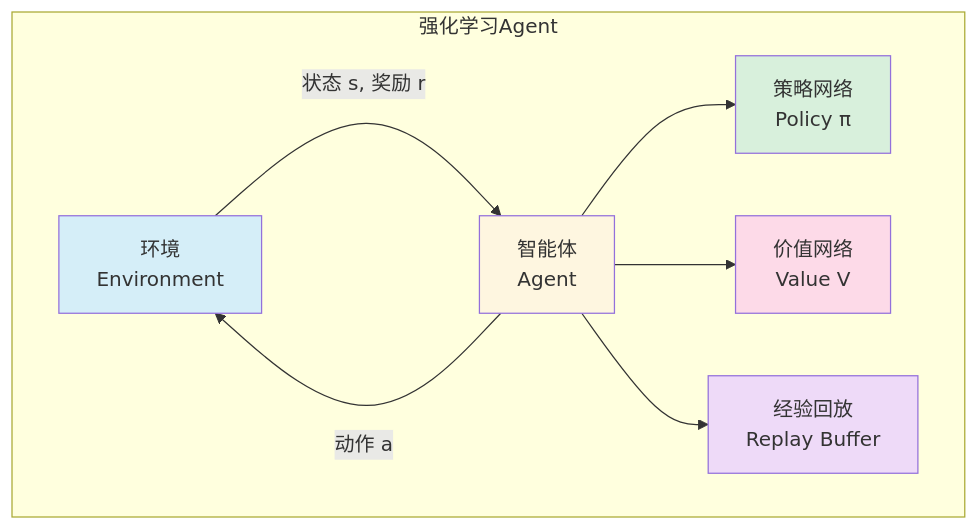
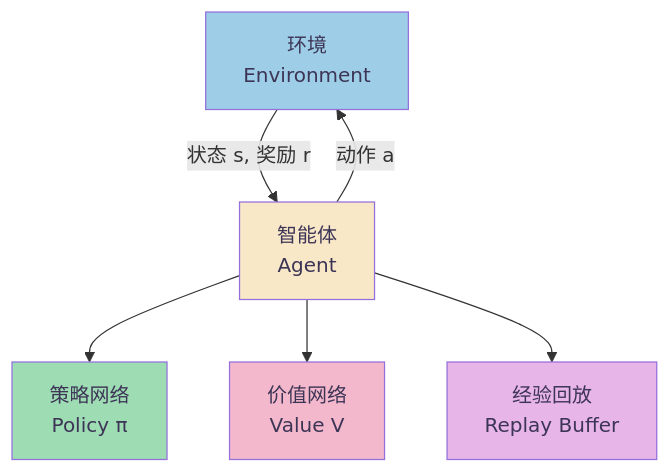
The fourth of 12 diagrams in _posts/2026-04-15-ai-agent.md (caoping0623/caoping0623.github.io), drawn with Mermaid before and after one commit. The commit also changed other lines of this file, not shown here.

First line of the commit message:
fix: remove subgraph backgrounds, add rounded corners, replace mindmap with XMind-style graph

```diff
--- a/_posts/2026-04-15-ai-agent.md
+++ b/_posts/2026-04-15-ai-agent.md
@@ -132,15 +131,14 @@
 <div class="mermaid">
 graph TB
-    subgraph 强化学习Agent
-        ENV[环境<br/>Environment] -->|状态 s, 奖励 r| AG[智能体<br/>Agent]
-        AG -->|动作 a| ENV
-        AG --> POL[策略网络<br/>Policy π]
-        AG --> VAL[价值网络<br/>Value V]
-        AG --> MEM[经验回放<br/>Replay Buffer]
-    end
-    style ENV fill:#d5eef8
-    style AG fill:#fef6e0
-    style POL fill:#d8f0dc
-    style VAL fill:#fddae8
-    style MEM fill:#eedaf8
+    ENV[环境<br/>Environment] -->|状态 s, 奖励 r| AG[智能体<br/>Agent]
+    AG -->|动作 a| ENV
+    AG --> POL[策略网络<br/>Policy π]
+    AG --> VAL[价值网络<br/>Value V]
+    AG --> MEM[经验回放<br/>Replay Buffer]
+
+    style ENV fill:#9ecde8,color:#3d3556
+    style AG fill:#f8e8c8,color:#3d3556
+    style POL fill:#9edcb4,color:#3d3556
+    style VAL fill:#f4b8cc,color:#3d3556
+    style MEM fill:#e8b5e8,color:#3d3556
 </div>
```
